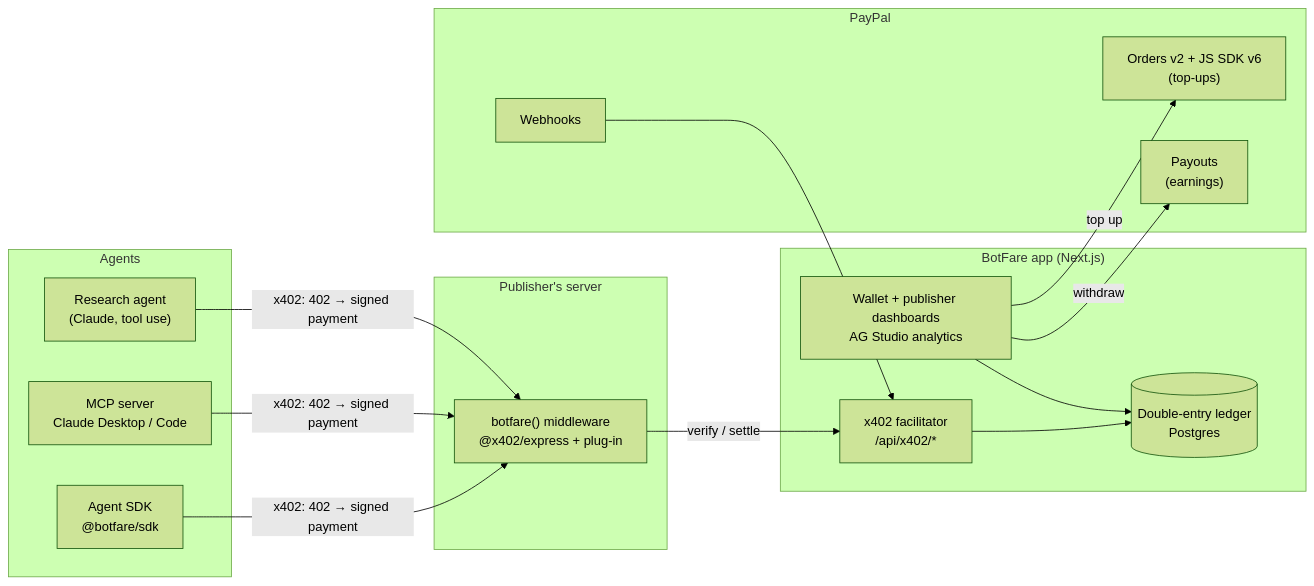
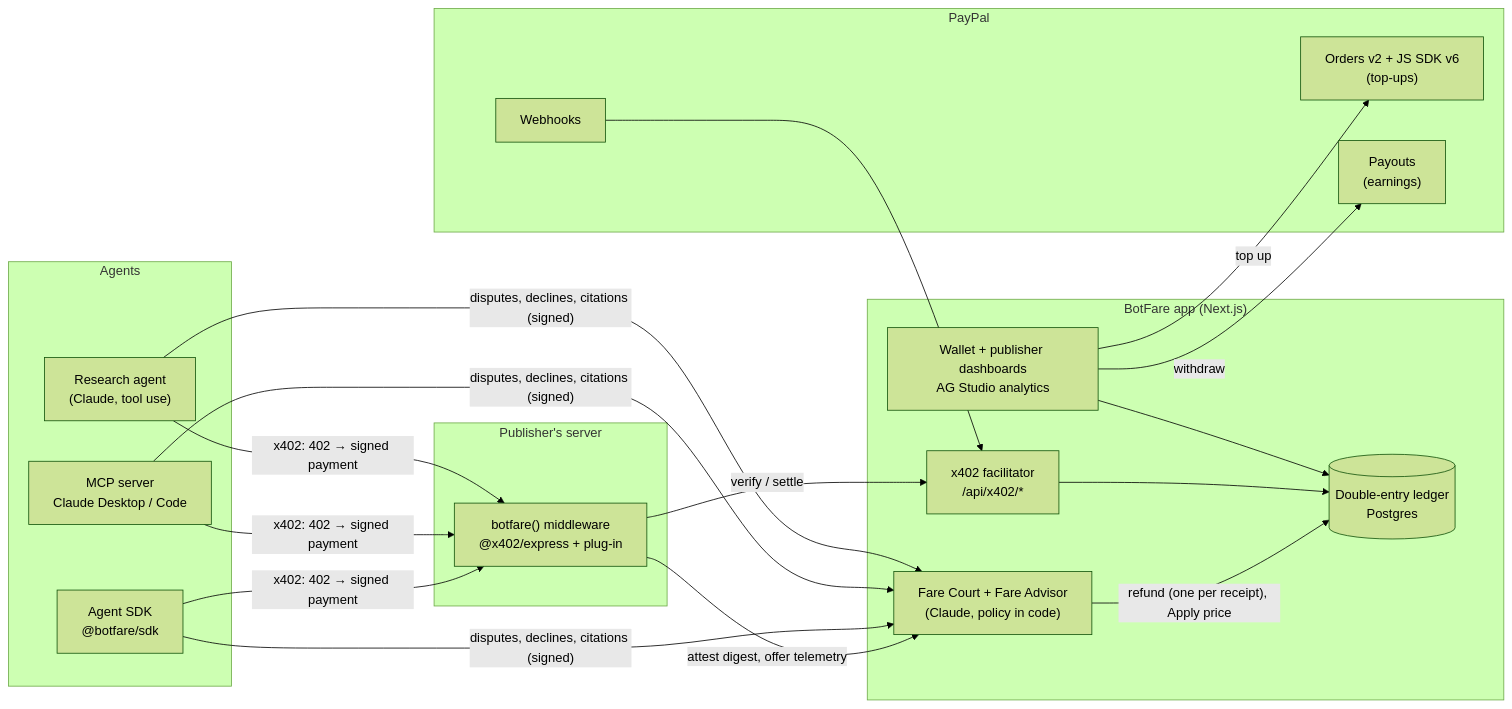
The second of 2 diagrams in README.md (Sajjad21990/botfare), drawn with Mermaid (forest theme) before and after one commit. The commit also changed other lines of this file and 4 other files, not shown here.

````diff
--- a/README.md
+++ b/README.md
@@ -127,28 +176,32 @@
 ```mermaid
 flowchart LR
     subgraph Agents
         SDK["Agent SDK<br/>@botfare/sdk"]
         MCP["MCP server<br/>Claude Desktop / Code"]
         RA["Research agent<br/>(Claude, tool use)"]
     end
     subgraph Publisher["Publisher's server"]
         MW["botfare() middleware<br/>@x402/express + plug-in"]
     end
     subgraph BotFare["BotFare app (Next.js)"]
         FAC["x402 facilitator<br/>/api/x402/*"]
         LED[("Double-entry ledger<br/>Postgres")]
         DASH["Wallet + publisher dashboards<br/>AG Studio analytics"]
+        FARE["Fare Court + Fare Advisor<br/>(Claude, policy in code)"]
     end
     subgraph PayPal
         ORD["Orders v2 + JS SDK v6<br/>(top-ups)"]
         PO["Payouts<br/>(earnings)"]
         WH["Webhooks"]
     end
     SDK & MCP & RA -- "x402: 402 → signed payment" --> MW
     MW -- "verify / settle" --> FAC
+    MW -- "attest digest, offer telemetry" --> FARE
+    SDK & MCP & RA -- "disputes, declines, citations (signed)" --> FARE
+    FARE -- "refund (one per receipt), Apply price" --> LED
     FAC --> LED
     DASH --> LED
     DASH -- "top up" --> ORD
     DASH -- "withdraw" --> PO
     WH --> FAC
 ```
````
